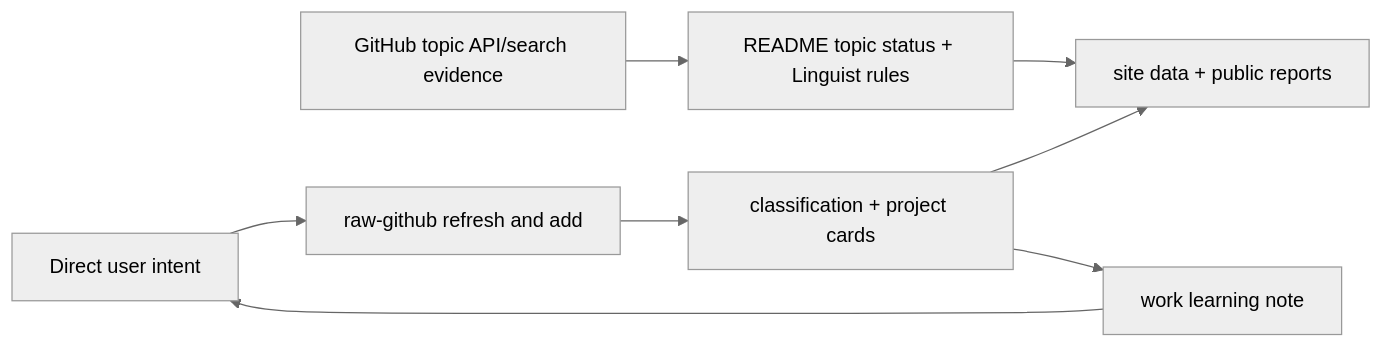
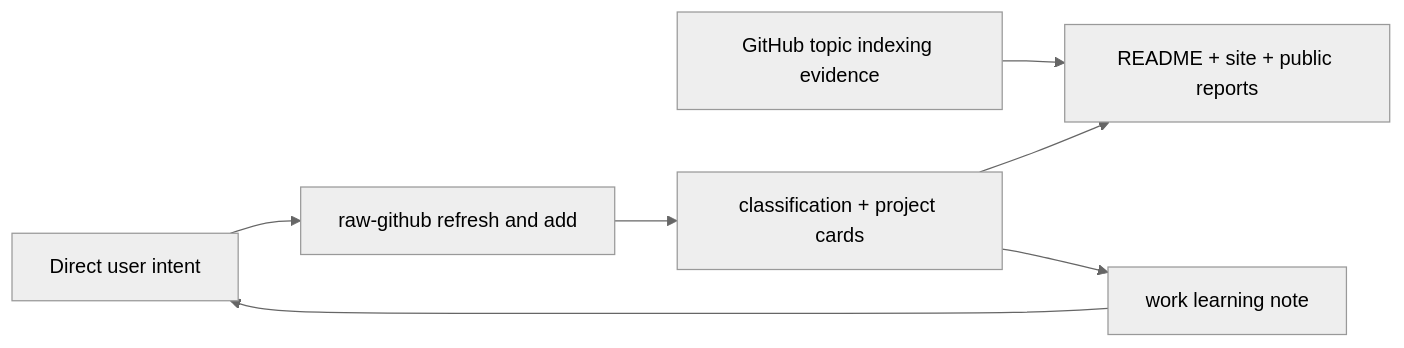
Before and after one commit to Shiyao-Huang/awesome-agent-evolution: the diagram in .mermaid/current/graph.mmd, drawn with Mermaid (neutral theme). The commit also changed 28 other files, not shown here.

```diff
--- a/.mermaid/current/graph.mmd
+++ b/.mermaid/current/graph.mmd
@@ -1,8 +1,7 @@
 flowchart LR
   INTENT["Direct user intent"] --> RAW["raw-github refresh and add"]
-  TOPIC["GitHub topic API/search evidence"] --> LINGUIST["README topic status + Linguist rules"]
+  TOPIC["GitHub topic indexing evidence"] --> SITE["README + site + public reports"]
   RAW --> PROC["classification + project cards"]
-  LINGUIST --> SITE
-  PROC --> SITE["site data + public reports"]
+  PROC --> SITE
   PROC --> NOTE["work learning note"]
   NOTE --> INTENT
```
